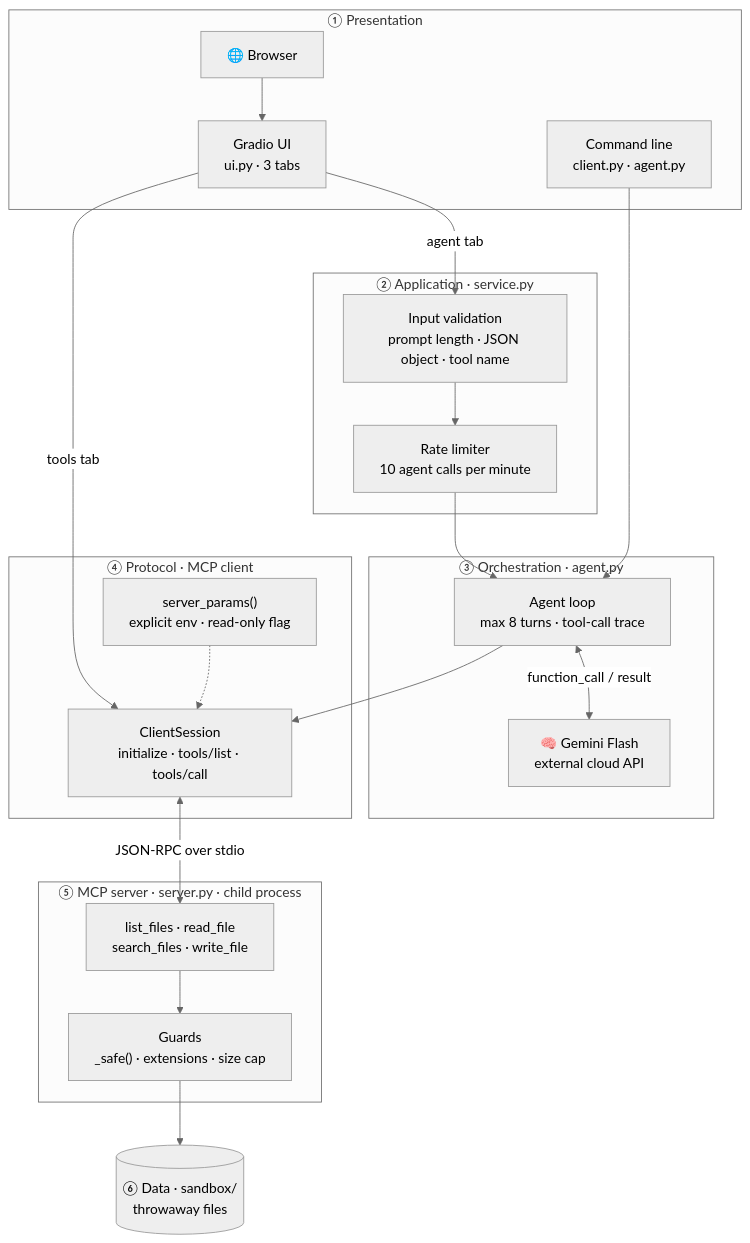
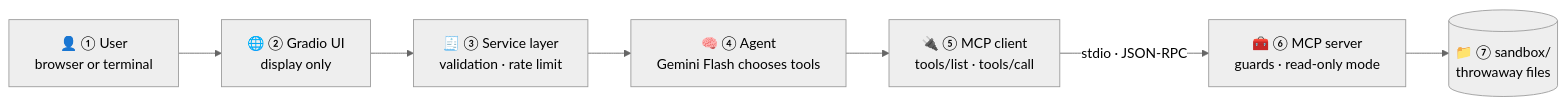
Before and after one commit to TatangF/mayerfeld-mcp-demo: the first of 4 diagrams in README.md, drawn with Mermaid (neutral theme). The commit also changed other lines of this file and 1 other file, not shown here.

Commit message:
docs: reframe project as an enterprise use-case demonstrator

````diff
--- a/README.md
+++ b/README.md
@@ -13,43 +13,12 @@
 ```mermaid
-flowchart TB
-    subgraph PRES["① Presentation"]
-        BR["🌐 Browser"]
-        UI["Gradio UI<br/>ui.py · 3 tabs"]
-        CMD["Command line<br/>client.py · agent.py"]
-    end
+flowchart LR
+    A["👤 ① User<br/>browser or terminal"]
+    B["🌐 ② Gradio UI<br/>display only"]
+    C["🧾 ③ Service layer<br/>validation · rate limit"]
+    D["🧠 ④ Agent<br/>Gemini Flash chooses tools"]
+    E["🔌 ⑤ MCP client<br/>tools/list · tools/call"]
+    F["🧰 ⑥ MCP server<br/>guards · read-only mode"]
+    G[("📁 ⑦ sandbox/<br/>throwaway files")]
 
-    subgraph APP["② Application · service.py"]
-        VAL["Input validation<br/>prompt length · JSON object · tool name"]
-        RL["Rate limiter<br/>10 agent calls per minute"]
-    end
-
-    subgraph ORCH["③ Orchestration · agent.py"]
-        LOOP["Agent loop<br/>max 8 turns · tool-call trace"]
-        LLM["🧠 Gemini Flash<br/>external cloud API"]
-    end
-
-    subgraph PROTO["④ Protocol · MCP client"]
-        SESS["ClientSession<br/>initialize · tools/list · tools/call"]
-        ENV["server_params()<br/>explicit env · read-only flag"]
-    end
-
-    subgraph SRV["⑤ MCP server · server.py · child process"]
-        TOOLS["list_files · read_file<br/>search_files · write_file"]
-        GUARD["Guards<br/>_safe() · extensions · size cap"]
-    end
-
-    DATA[("⑥ Data · sandbox/<br/>throwaway files")]
-
-    BR --> UI
-    UI -->|"agent tab"| VAL
-    VAL --> RL
-    RL --> LOOP
-    CMD --> LOOP
-    LOOP <-->|"function_call / result"| LLM
-    LOOP --> SESS
-    UI -->|"tools tab"| SESS
-    ENV -.-> SESS
-    SESS <-->|"JSON-RPC over stdio"| TOOLS
-    TOOLS --> GUARD
-    GUARD --> DATA
+    A --> B --> C --> D --> E -->|"stdio · JSON-RPC"| F --> G
 ```
````
